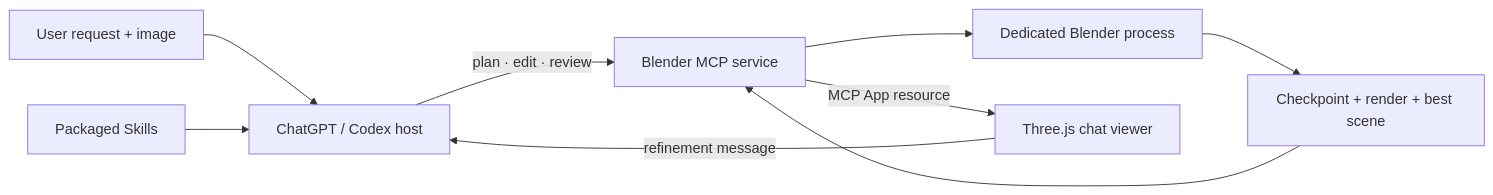
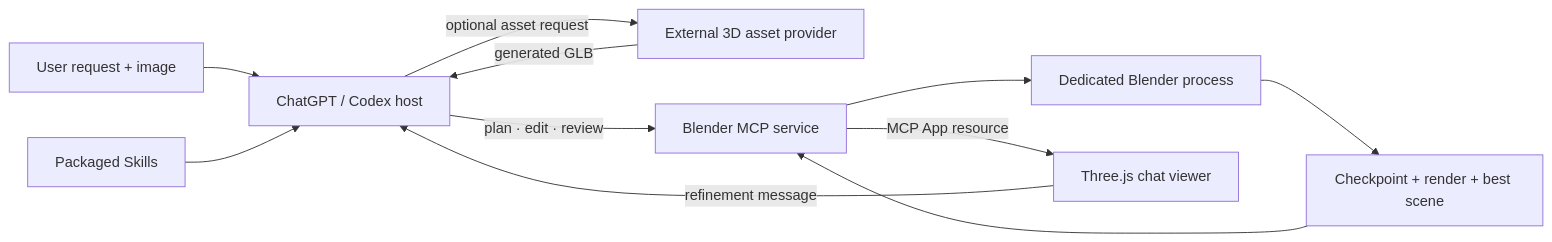
One commit to creativedswork/UniBlenderScene changed the diagram in README.md. Above: the diagram before and after it, drawn with Mermaid. The commit also changed other lines of this file and 12 other files, not shown here.

````diff
--- a/README.md
+++ b/README.md
@@ -10,11 +13,13 @@
 ```mermaid
 flowchart LR
   U["User request + image"] --> H["ChatGPT / Codex host"]
   S["Packaged Skills"] --> H
+  H -->|"optional asset request"| P["External 3D asset provider"]
+  P -->|"generated GLB"| H
   H -->|"plan · edit · review"| M["Blender MCP service"]
   M --> B["Dedicated Blender process"]
   B --> C["Checkpoint + render + best scene"]
   C --> M
   M -->|"MCP App resource"| V["Three.js chat viewer"]
   V -->|"refinement message"| H
 ```
````
